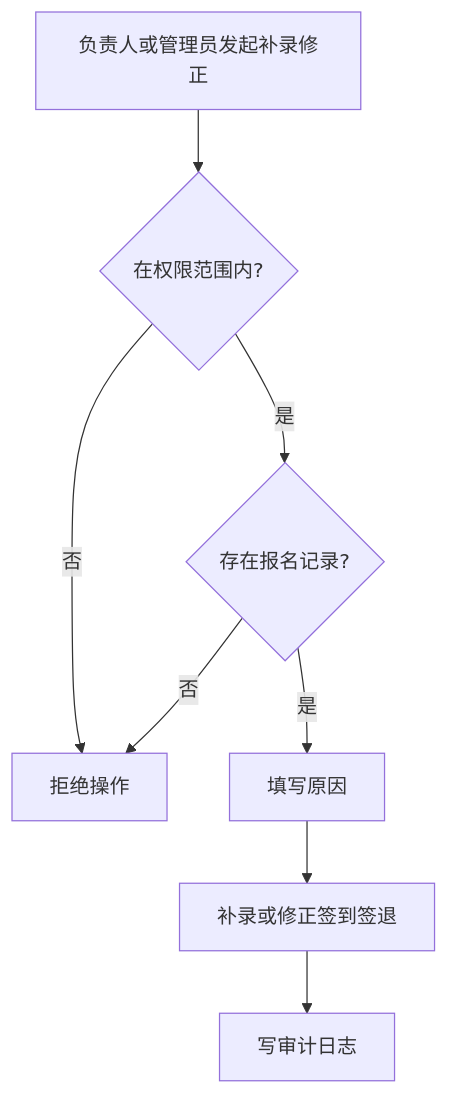
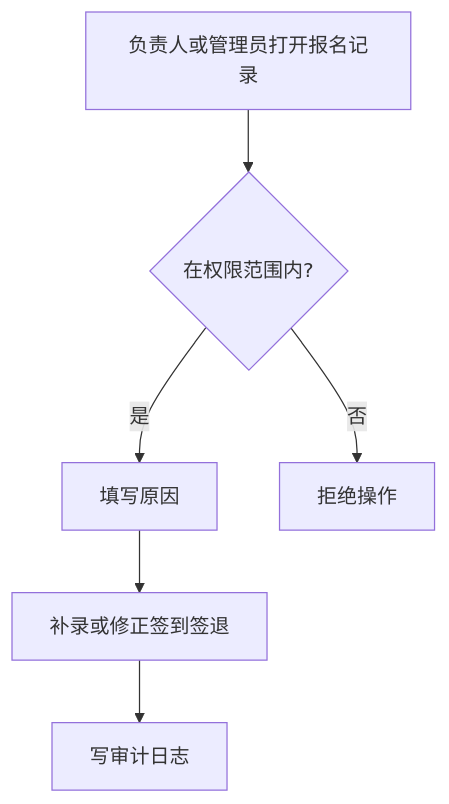
Before and after one commit to KianaMei/points: diagram 13 of 41 in docs/club-points-flow-design.md, drawn with Mermaid. The commit also changed other lines of this file and 2661 other files, not shown here.

````diff
--- a/docs/club-points-flow-design.md
+++ b/docs/club-points-flow-design.md
@@ -369,19 +341,16 @@
 ```mermaid
 flowchart TD
-    accTitle: Attendance Correction Flow
-    accDescr: Leaders and administrators can supplement or correct attendance only for existing registrations, with audit logging.
+    accTitle: 签到修正流程
+    accDescr: 展示负责人和管理员从报名记录入口补录或修正签到签退，并且必须记录审计。
 
-    correction_request["负责人或管理员发起补录修正"]
+    correction_request["负责人或管理员打开报名记录"]
     scope_check{"在权限范围内?"}
-    registration_check{"存在报名记录?"}
     edit_record["补录或修正签到签退"]
     reason["填写原因"]
     audit["写审计日志"]
     reject["拒绝操作"]
 
     correction_request --> scope_check
     scope_check -->|"否"| reject
-    scope_check -->|"是"| registration_check
-    registration_check -->|"否"| reject
-    registration_check -->|"是"| reason --> edit_record --> audit
+    scope_check -->|"是"| reason --> edit_record --> audit
 ```
````
